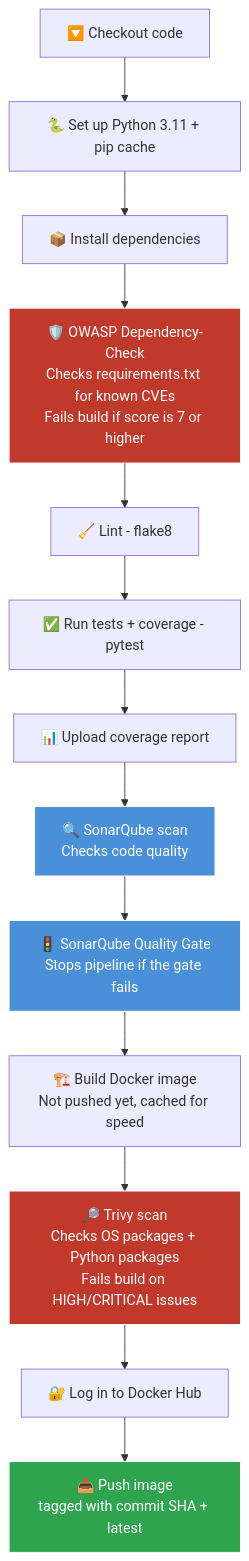
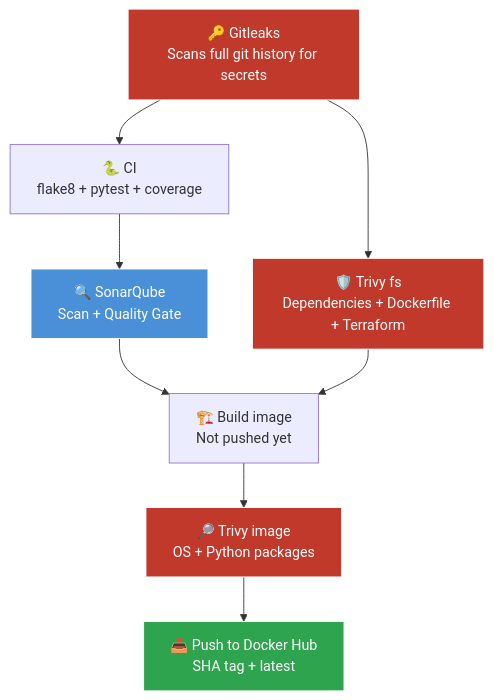
Before and after one commit to ArshadKhan-007/URL-SHORTENER-CI-CD-ECS: the first of 3 diagrams in README.md, drawn with Mermaid. The commit also changed other lines of this file, not shown here.

````diff
--- a/README.md
+++ b/README.md
@@ -24,24 +36,16 @@
 ```mermaid
 flowchart TD
-    A["🔽 Checkout code"] --> B["🐍 Set up Python 3.11 + pip cache"]
-    B --> C["📦 Install dependencies"]
-    C --> D["🛡️ OWASP Dependency-Check\nChecks requirements.txt for known CVEs\nFails build if score is 7 or higher"]
-    D --> E["🧹 Lint - flake8"]
-    E --> F["✅ Run tests + coverage - pytest"]
-    F --> G["📊 Upload coverage report"]
+    A["🔑 Gitleaks<br/>Scans full git history for secrets"] --> B["🐍 CI<br/>flake8 + pytest + coverage"]
+    A --> C["🛡️ Trivy fs<br/>Dependencies + Dockerfile + Terraform"]
+    B --> D["🔍 SonarQube<br/>Scan + Quality Gate"]
+    D --> E["🏗️ Build image<br/>Not pushed yet"]
+    C --> E
+    E --> F["🔎 Trivy image<br/>OS + Python packages"]
+    F --> G["📤 Push to Docker Hub<br/>SHA tag + latest"]
 
-    G --> H["🔍 SonarQube scan\nChecks code quality"]
-    H --> I["🚦 SonarQube Quality Gate\nStops pipeline if the gate fails"]
-
-    I --> J["🏗️ Build Docker image\nNot pushed yet, cached for speed"]
-    J --> K["🔎 Trivy scan\nChecks OS packages + Python packages\nFails build on HIGH/CRITICAL issues"]
-
-    K --> L["🔐 Log in to Docker Hub"]
-    L --> M["📤 Push image\ntagged with commit SHA + latest"]
-
-    style D fill:#c0392b,stroke:#fff,color:#fff
-    style H fill:#4a90d9,stroke:#fff,color:#fff
-    style I fill:#4a90d9,stroke:#fff,color:#fff
-    style K fill:#c0392b,stroke:#fff,color:#fff
-    style M fill:#2ea44f,stroke:#fff,color:#fff
+    style A fill:#c0392b,stroke:#fff,color:#fff
+    style C fill:#c0392b,stroke:#fff,color:#fff
+    style F fill:#c0392b,stroke:#fff,color:#fff
+    style D fill:#4a90d9,stroke:#fff,color:#fff
+    style G fill:#2ea44f,stroke:#fff,color:#fff
 ```
````
